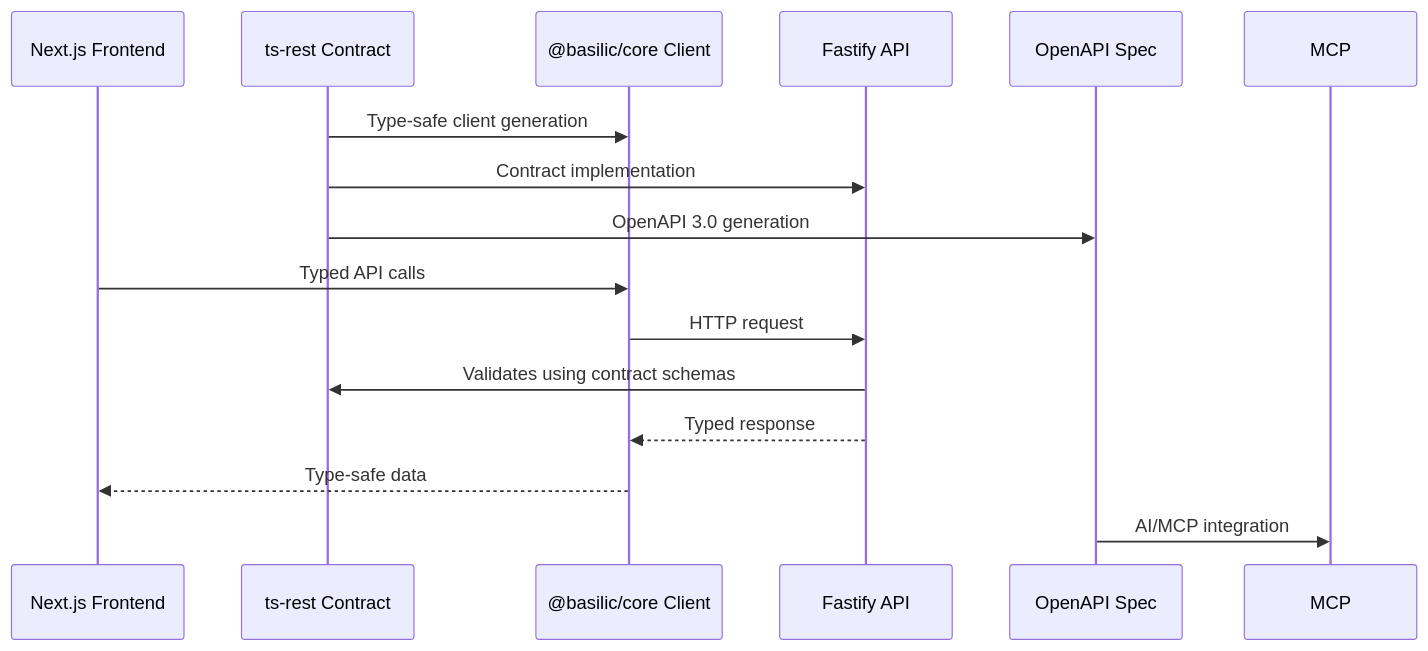
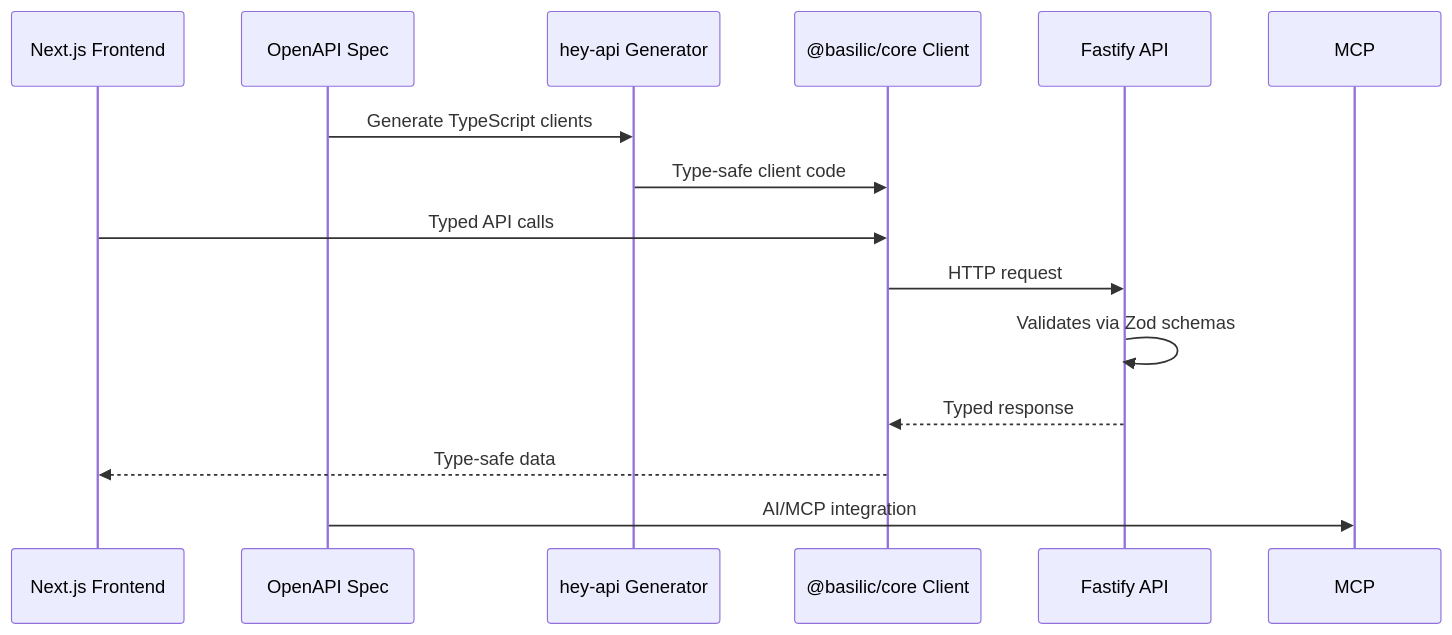
One commit to blockmatic/basilic changed the diagram in apps/docs/content/docs/architecture/api-contracts.mdx. Above: the diagram before and after it, drawn with Mermaid. The commit also changed other lines of this file and 131 other files, not shown here.

First line of the commit message:
refactor: hey-api ts instead of ts-rest (#17)

````diff
--- a/apps/docs/content/docs/architecture/api-contracts.mdx
+++ b/apps/docs/content/docs/architecture/api-contracts.mdx
@@ -30,18 +30,17 @@
 ```mermaid
 sequenceDiagram
   participant Frontend as Next.js Frontend
-  participant Contract as ts-rest Contract
+  participant OpenAPI as OpenAPI Spec
+  participant Generator as hey-api Generator
   participant Client as @basilic/core Client
   participant API as Fastify API
-  participant OpenAPI as OpenAPI Spec
 
-  Contract->>Client: Type-safe client generation
-  Contract->>API: Contract implementation
-  Contract->>OpenAPI: OpenAPI 3.0 generation
+  OpenAPI->>Generator: Generate TypeScript clients
+  Generator->>Client: Type-safe client code
   Frontend->>Client: Typed API calls
   Client->>API: HTTP request
-  API->>Contract: Validates using contract schemas
+  API->>API: Validates via Zod schemas
   API-->>Client: Typed response
   Client-->>Frontend: Type-safe data
   OpenAPI->>MCP: AI/MCP integration
 ```
````
